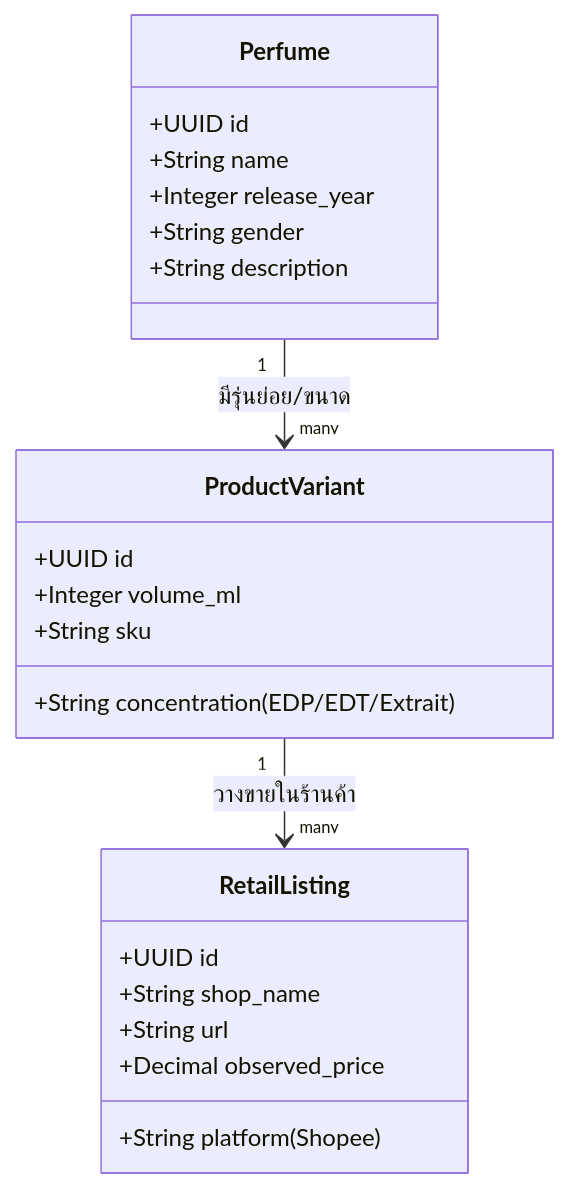
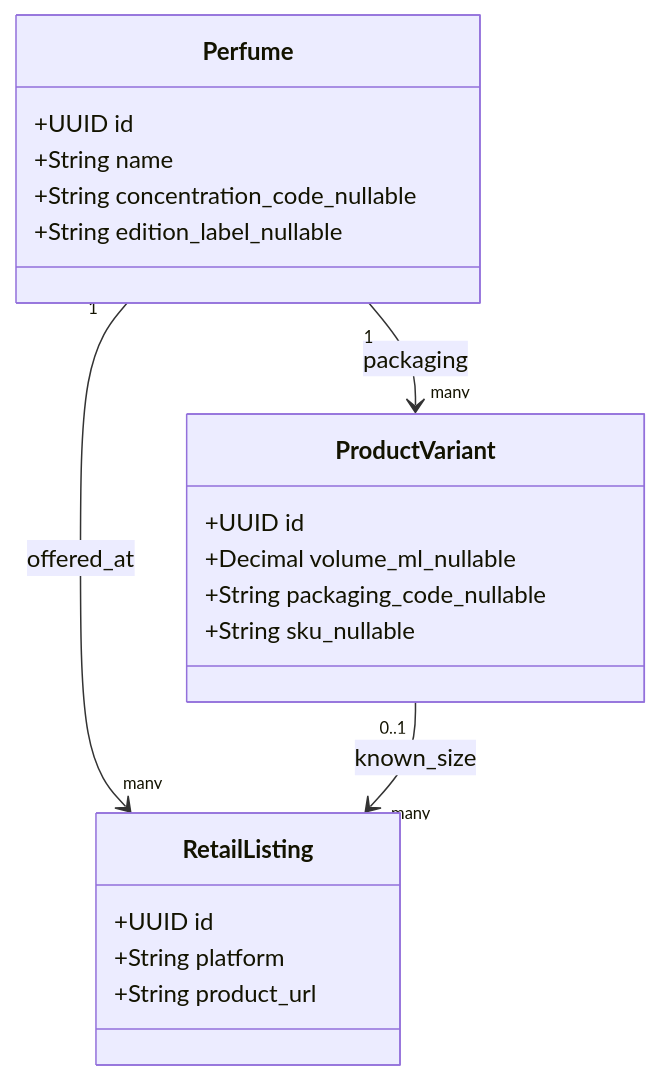
The first of 2 diagrams in Structure DB Obsidian/02_Domain/Perfume_and_Note_Taxonomy.md (kraveerachat/DoomParfum-By-TK), drawn with Mermaid before and after one commit. The commit also changed other lines of this file and 25 other files, not shown here.

````diff
--- a/Structure DB Obsidian/02_Domain/Perfume_and_Note_Taxonomy.md
+++ b/Structure DB Obsidian/02_Domain/Perfume_and_Note_Taxonomy.md
@@ -35,26 +39,23 @@
 ```mermaid
 classDiagram
     class Perfume {
         +UUID id
         +String name
-        +Integer release_year
-        +String gender
-        +String description
+        +String concentration_code_nullable
+        +String edition_label_nullable
     }
     class ProductVariant {
         +UUID id
-        +Integer volume_ml
-        +String concentration (EDP/EDT/Extrait)
-        +String sku
+        +Decimal volume_ml_nullable
+        +String packaging_code_nullable
+        +String sku_nullable
     }
     class RetailListing {
         +UUID id
-        +String platform (Shopee)
-        +String shop_name
-        +String url
-        +Decimal observed_price
+        +String platform
+        +String product_url
     }
-
-    Perfume "1" --> "many" ProductVariant : มีรุ่นย่อย/ขนาด
-    ProductVariant "1" --> "many" RetailListing : วางขายในร้านค้า
+    Perfume "1" --> "many" ProductVariant : packaging
+    Perfume "1" --> "many" RetailListing : offered_at
+    ProductVariant "0..1" --> "many" RetailListing : known_size
 ```
````
